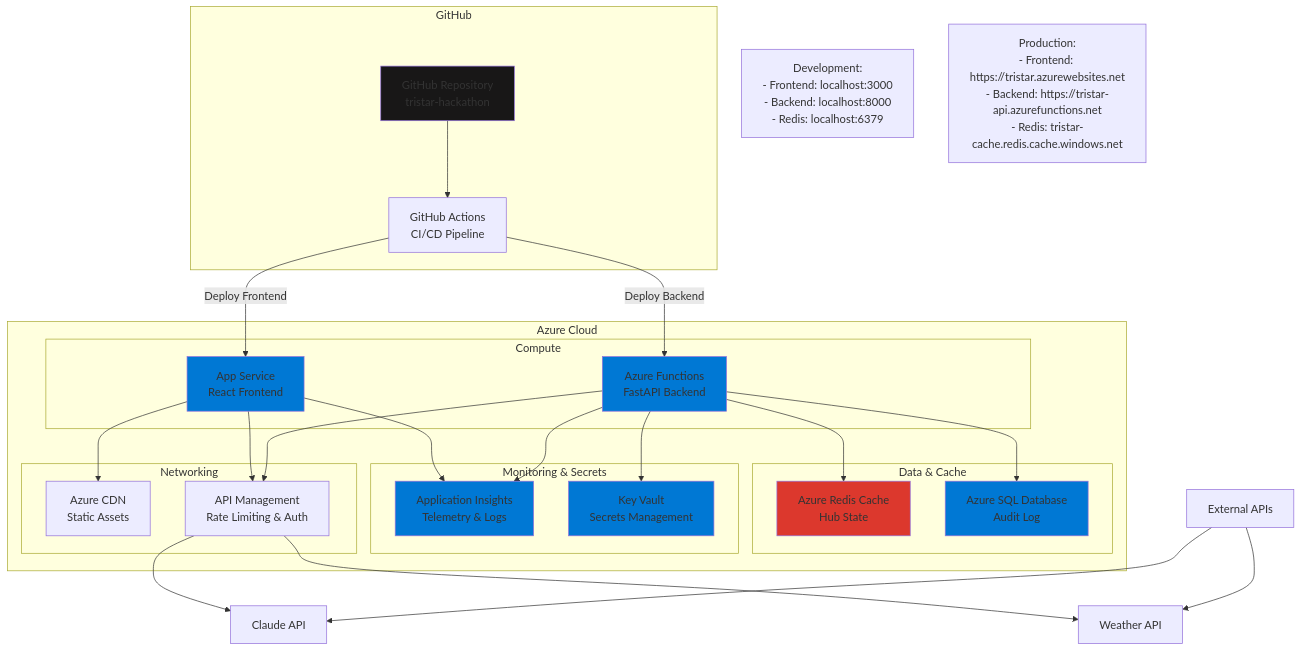
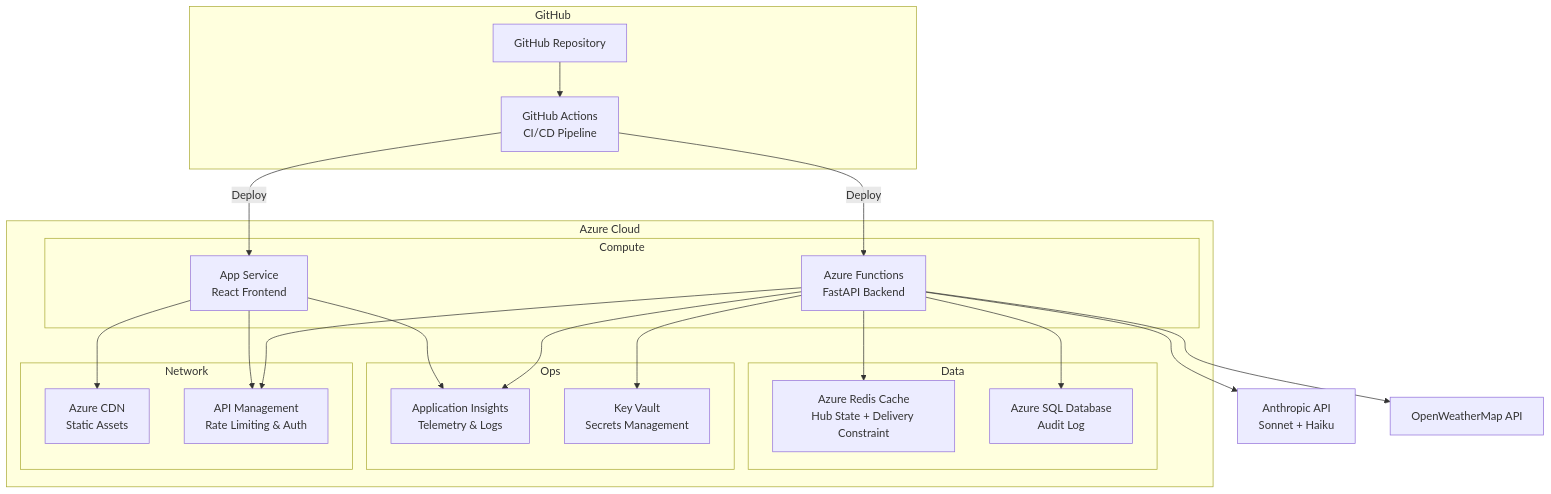
Before and after one commit to kartikey423/tristar: diagram 12 of 13 in docs/ARCHITECTURE.md, drawn with Mermaid. The commit also changed other lines of this file and 10 other files, not shown here.

````diff
--- a/docs/ARCHITECTURE.md
+++ b/docs/ARCHITECTURE.md
@@ -312,66 +530,49 @@
 ```mermaid
 graph TB
-    subgraph "GitHub"
-        A[GitHub Repository<br/>tristar-hackathon]
+    subgraph GitHub
+        A[GitHub Repository]
         B[GitHub Actions<br/>CI/CD Pipeline]
     end
 
-    subgraph "Azure Cloud"
-        subgraph "Compute"
+    subgraph Azure["Azure Cloud"]
+        subgraph Compute
             C[App Service<br/>React Frontend]
             D[Azure Functions<br/>FastAPI Backend]
         end
 
-        subgraph "Data & Cache"
-            E[Azure Redis Cache<br/>Hub State]
+        subgraph Data
+            E[Azure Redis Cache<br/>Hub State + Delivery Constraint]
             F[Azure SQL Database<br/>Audit Log]
         end
 
-        subgraph "Monitoring & Secrets"
+        subgraph Ops
             G[Application Insights<br/>Telemetry & Logs]
             H[Key Vault<br/>Secrets Management]
         end
 
-        subgraph "Networking"
+        subgraph Network
             I[Azure CDN<br/>Static Assets]
             J[API Management<br/>Rate Limiting & Auth]
         end
     end
 
-    K[External APIs]
-    L[Claude API]
-    M[Weather API]
+    K[Anthropic API<br/>Sonnet + Haiku]
+    L[OpenWeatherMap API]
 
     A --> B
-    B -->|Deploy Frontend| C
-    B -->|Deploy Backend| D
+    B -->|Deploy| C
+    B -->|Deploy| D
 
     C --> I
     C --> J
     D --> J
 
     D --> E
     D --> F
     D --> H
+    D --> K
+    D --> L
 
     C --> G
     D --> G
-
-    J --> L
-    J --> M
-
-    K --> L
-    K --> M
-
-    style A fill:#181717
-    style C fill:#0078d4
-    style D fill:#0078d4
-    style E fill:#dc382d
-    style F fill:#0078d4
-    style G fill:#0078d4
-    style H fill:#0078d4
-
-    note1[Development:<br/>- Frontend: localhost:3000<br/>- Backend: localhost:8000<br/>- Redis: localhost:6379]
-
-    note2[Production:<br/>- Frontend: https://tristar.azurewebsites.net<br/>- Backend: https://tristar-api.azurefunctions.net<br/>- Redis: tristar-cache.redis.cache.windows.net]
 ```
````
